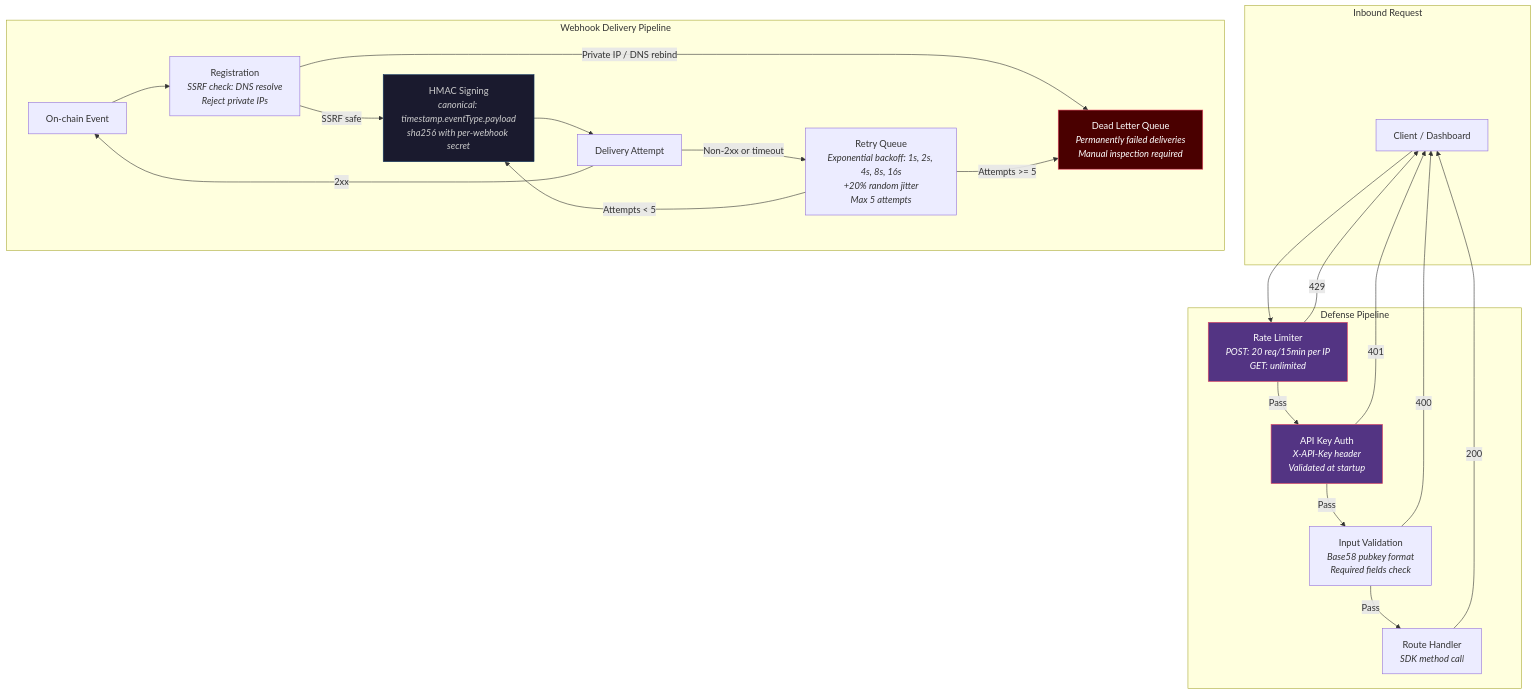
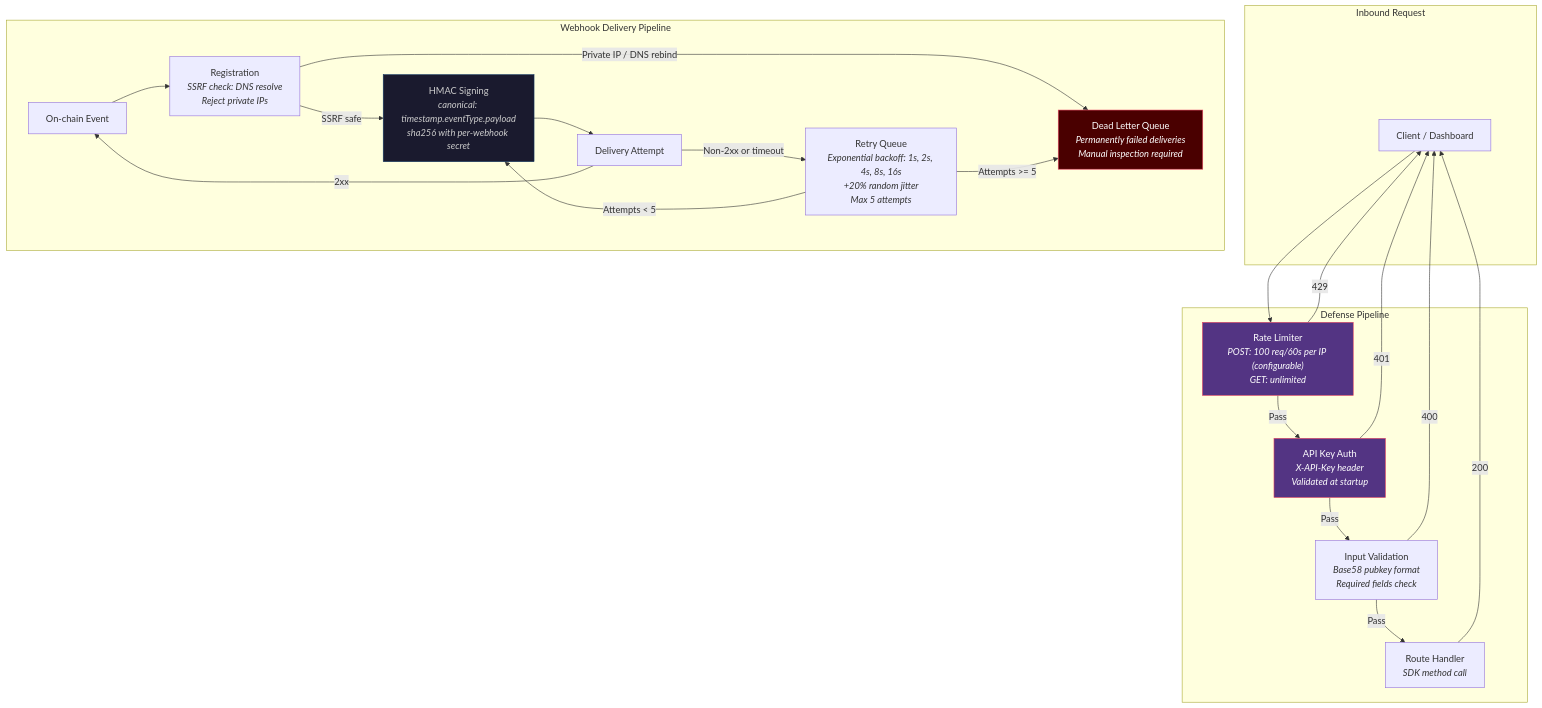
One commit to solanabr/solana-stablecoin-standard changed the ninth of 9 diagrams in README.md. Above: the diagram before and after it, drawn with Mermaid.

Commit message:
Fix rate limiting spec in backend defense diagram

````diff
--- a/README.md
+++ b/README.md
@@ -474,45 +474,45 @@
 ```mermaid
 graph TD
     subgraph REQUEST["Inbound Request"]
         CLIENT["Client / Dashboard"]
     end
 
     subgraph DEFENSE["Defense Pipeline"]
-        RATE["Rate Limiter<br/><i>POST: 20 req/15min per IP</i><br/><i>GET: unlimited</i>"]
+        RATE["Rate Limiter<br/><i>POST: 100 req/60s per IP (configurable)</i><br/><i>GET: unlimited</i>"]
         AUTH["API Key Auth<br/><i>X-API-Key header</i><br/><i>Validated at startup</i>"]
         VALIDATE["Input Validation<br/><i>Base58 pubkey format</i><br/><i>Required fields check</i>"]
         HANDLER["Route Handler<br/><i>SDK method call</i>"]
     end
 
     subgraph WEBHOOK_FLOW["Webhook Delivery Pipeline"]
         EVENT["On-chain Event"]
         REGISTER["Registration<br/><i>SSRF check: DNS resolve</i><br/><i>Reject private IPs</i>"]
         SIGN["HMAC Signing<br/><i>canonical: timestamp.eventType.payload</i><br/><i>sha256 with per-webhook secret</i>"]
         DELIVER["Delivery Attempt"]
         RETRY["Retry Queue<br/><i>Exponential backoff: 1s, 2s, 4s, 8s, 16s</i><br/><i>+20% random jitter</i><br/><i>Max 5 attempts</i>"]
         DLQ["Dead Letter Queue<br/><i>Permanently failed deliveries</i><br/><i>Manual inspection required</i>"]
     end
 
     CLIENT --> RATE
     RATE -->|"Pass"| AUTH
     RATE -->|"429"| CLIENT
     AUTH -->|"Pass"| VALIDATE
     AUTH -->|"401"| CLIENT
     VALIDATE -->|"Pass"| HANDLER
     VALIDATE -->|"400"| CLIENT
     HANDLER -->|"200"| CLIENT
 
     EVENT --> REGISTER
     REGISTER -->|"SSRF safe"| SIGN
     REGISTER -->|"Private IP / DNS rebind"| DLQ
     SIGN --> DELIVER
     DELIVER -->|"2xx"| EVENT
     DELIVER -->|"Non-2xx or timeout"| RETRY
     RETRY -->|"Attempts < 5"| SIGN
     RETRY -->|"Attempts >= 5"| DLQ
 
     style RATE fill:#533483,stroke:#e94560,color:#fff
     style AUTH fill:#533483,stroke:#e94560,color:#fff
     style DLQ fill:#4a0000,stroke:#e94560,color:#fff
     style SIGN fill:#1a1a2e,stroke:#0f3460,color:#ccc
 ```
````
